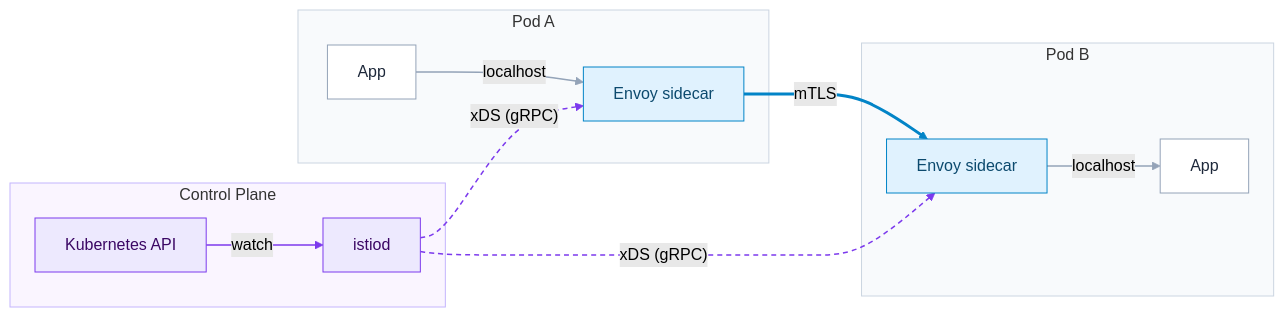
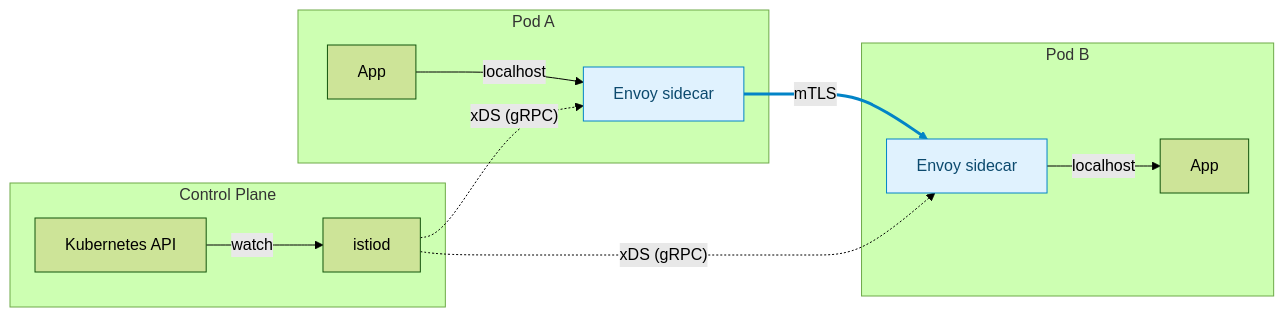
The first of 6 diagrams in content/posts/2026-09-26-istio-envoy-xds/index.md (ChanghwanK/ChanghwanK.github.io), drawn with Mermaid (forest theme) before and after one commit. The commit also changed other lines of this file, not shown here.

First line of the commit message:
content(blog): tone diagrams down to a single blue accent

````diff
--- a/content/posts/2026-09-26-istio-envoy-xds/index.md
+++ b/content/posts/2026-09-26-istio-envoy-xds/index.md
@@ -22,30 +22,19 @@
 ```mermaid
 flowchart LR
   subgraph CP["Control Plane"]
     K8S["Kubernetes API"] -->|watch| ISTIOD["istiod"]
   end
   subgraph PodA["Pod A"]
     AppA["App"] -->|localhost| EnvoyA["Envoy sidecar"]
   end
   subgraph PodB["Pod B"]
     EnvoyB["Envoy sidecar"] -->|localhost| AppB["App"]
   end
   ISTIOD -.->|"xDS (gRPC)"| EnvoyA
   ISTIOD -.->|"xDS (gRPC)"| EnvoyB
   EnvoyA ==>|mTLS| EnvoyB
 
-  classDef control fill:#ede9fe,stroke:#7c3aed,color:#3b0764
-  classDef proxy fill:#e0f2fe,stroke:#0284c7,color:#0c4a6e
-  classDef app fill:#ffffff,stroke:#94a3b8,color:#1e293b
-  class K8S,ISTIOD control
-  class EnvoyA,EnvoyB proxy
-  class AppA,AppB app
-  style CP fill:#faf5ff,stroke:#c4b5fd
-  style PodA fill:#f8fafc,stroke:#cbd5e1
-  style PodB fill:#f8fafc,stroke:#cbd5e1
-
-  linkStyle 0 stroke:#7c3aed,stroke-width:1.5px
-  linkStyle 1,2 stroke:#94a3b8,stroke-width:1.5px
-  linkStyle 3,4 stroke:#7c3aed,stroke-width:1.5px,stroke-dasharray:5 4
+  classDef accent fill:#e0f2fe,stroke:#0284c7,color:#0c4a6e
+  class EnvoyA,EnvoyB accent
   linkStyle 5 stroke:#0284c7,stroke-width:3px
 ```
````
